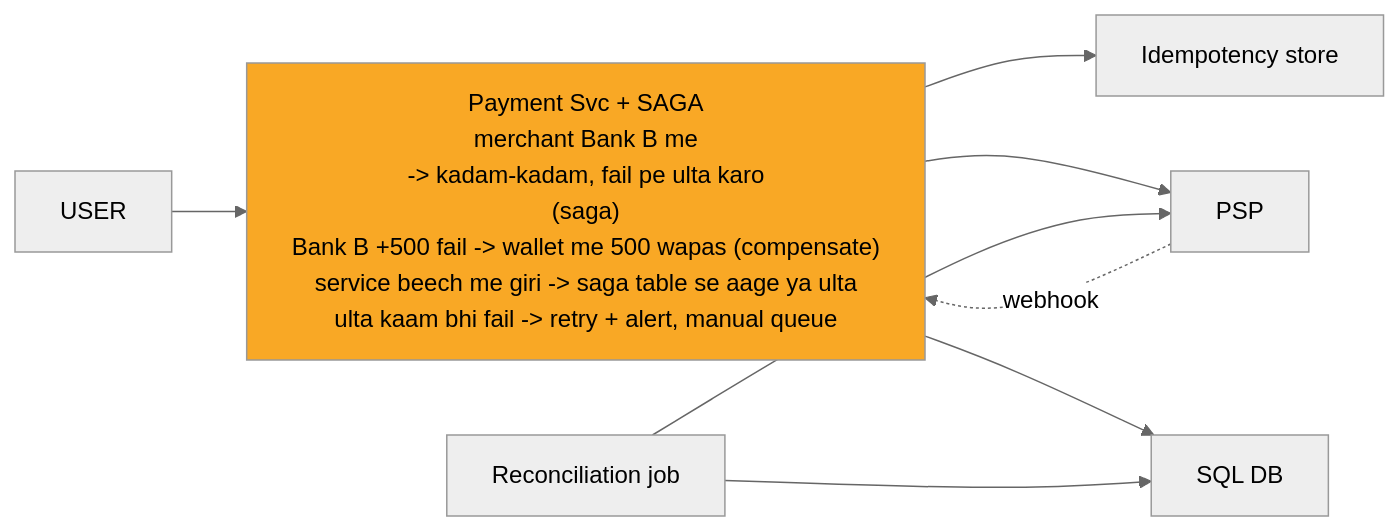
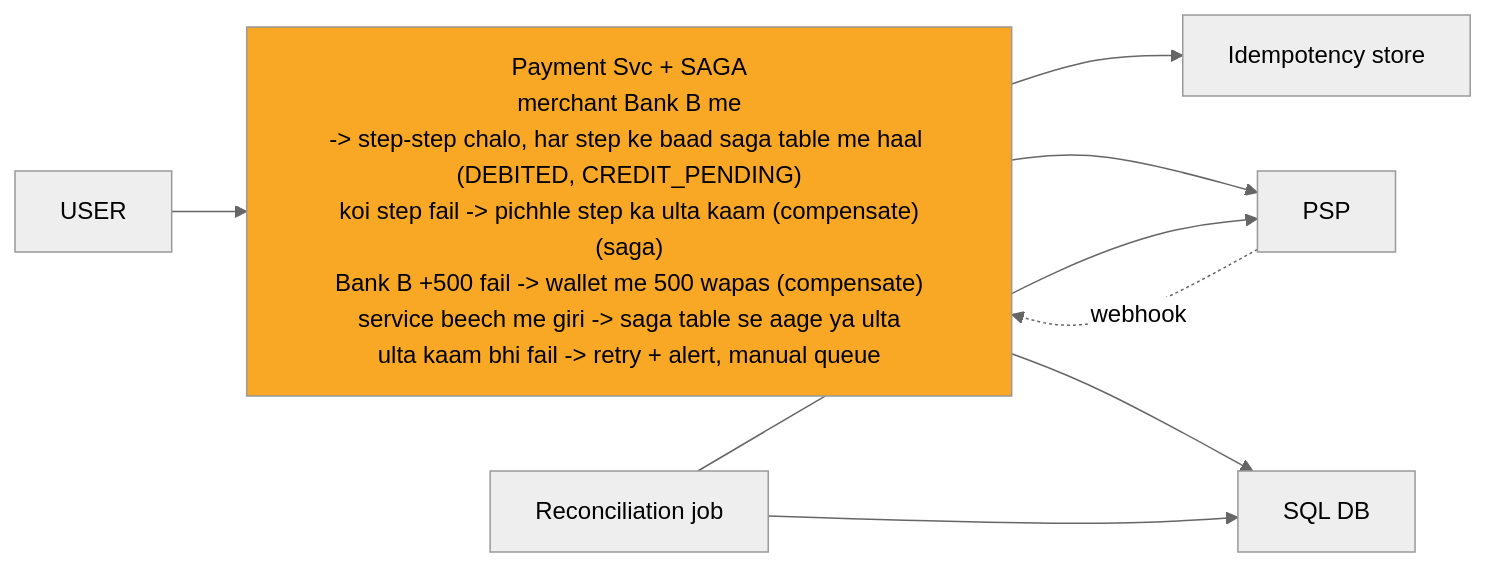
The seventh of 12 diagrams in 04_HLD/SYSTEM_DESIGNS/06_payment_system/06_payment_system.md (ArpanMaheshwari144/Prep), drawn with Mermaid (neutral theme) before and after one commit. The commit also changed other lines of this file and 13 other files, not shown here.

````diff
--- a/04_HLD/SYSTEM_DESIGNS/06_payment_system/06_payment_system.md
+++ b/04_HLD/SYSTEM_DESIGNS/06_payment_system/06_payment_system.md
@@ -307,18 +310,18 @@
 ```mermaid
 %%{init: {"flowchart": {"wrappingWidth": 450}}}%%
 flowchart LR
     n_USER["USER"]
-    n_Payment_Svc["Payment Svc + SAGA<br/>merchant Bank B me<br/>-> kadam-kadam, fail pe ulta karo<br/>(saga)<br/>Bank B +500 fail -> wallet me 500 wapas (compensate)<br/>service beech me giri -> saga table se aage ya ulta<br/>ulta kaam bhi fail -> retry + alert, manual queue"]
+    n_Payment_Svc["Payment Svc + SAGA<br/>merchant Bank B me<br/>-> step-step chalo, har step ke baad saga table me haal (DEBITED, CREDIT_PENDING)<br/>koi step fail -> pichhle step ka ulta kaam (compensate)<br/>(saga)<br/>Bank B +500 fail -> wallet me 500 wapas (compensate)<br/>service beech me giri -> saga table se aage ya ulta<br/>ulta kaam bhi fail -> retry + alert, manual queue"]
     n_Idempotency_store["Idempotency store"]
     n_PSP["PSP"]
     n_DB["SQL DB"]
     n_Reconciliation_job["Reconciliation job"]
     n_USER --> n_Payment_Svc
     n_Payment_Svc --> n_Idempotency_store
     n_Payment_Svc --> n_PSP
     n_Payment_Svc --> n_DB
     n_Reconciliation_job --> n_DB
     n_Reconciliation_job --> n_PSP
     n_PSP -.->|webhook| n_Payment_Svc
     style n_Payment_Svc fill:#f9a825,color:#000
 ```
````
